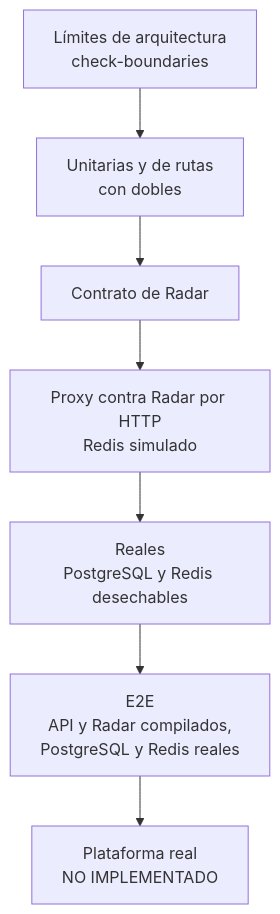
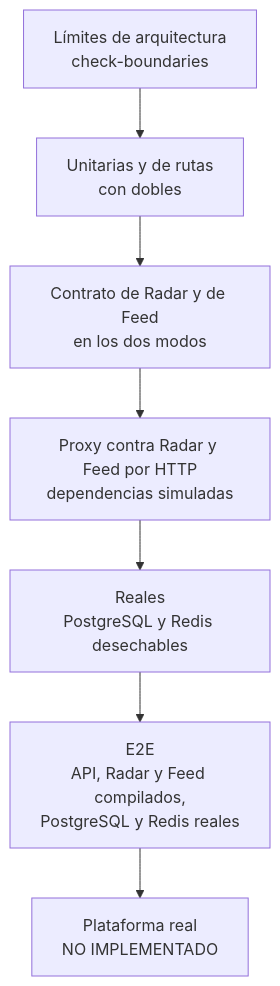
One commit to pillacarodriguezuriel-a11y/social_unsch changed the diagram in docs/07-evaluacion-y-evolucion/05-estrategia-de-pruebas.md. Above: the diagram before and after it, drawn with Mermaid. The commit also changed other lines of this file and 44 other files, not shown here.

````diff
--- a/docs/07-evaluacion-y-evolucion/05-estrategia-de-pruebas.md
+++ b/docs/07-evaluacion-y-evolucion/05-estrategia-de-pruebas.md
@@ -7,9 +7,9 @@
 ```mermaid
 flowchart TB
     A["Límites de arquitectura<br/>check-boundaries"] --> B["Unitarias y de rutas<br/>con dobles"]
-    B --> C["Contrato de Radar"]
-    C --> D["Proxy contra Radar por HTTP<br/>Redis simulado"]
+    B --> C["Contrato de Radar y de Feed<br/>en los dos modos"]
+    C --> D["Proxy contra Radar y Feed por HTTP<br/>dependencias simuladas"]
     D --> E["Reales<br/>PostgreSQL y Redis desechables"]
-    E --> G["E2E<br/>API y Radar compilados,<br/>PostgreSQL y Redis reales"]
+    E --> G["E2E<br/>API, Radar y Feed compilados,<br/>PostgreSQL y Redis reales"]
     G --> F["Plataforma real<br/>NO IMPLEMENTADO"]
 ```
````
